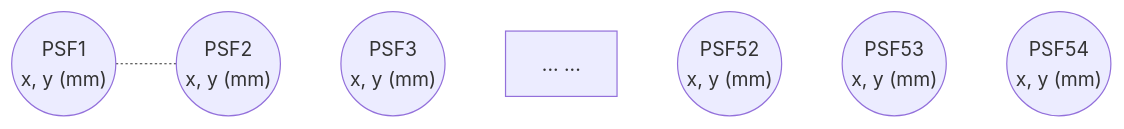
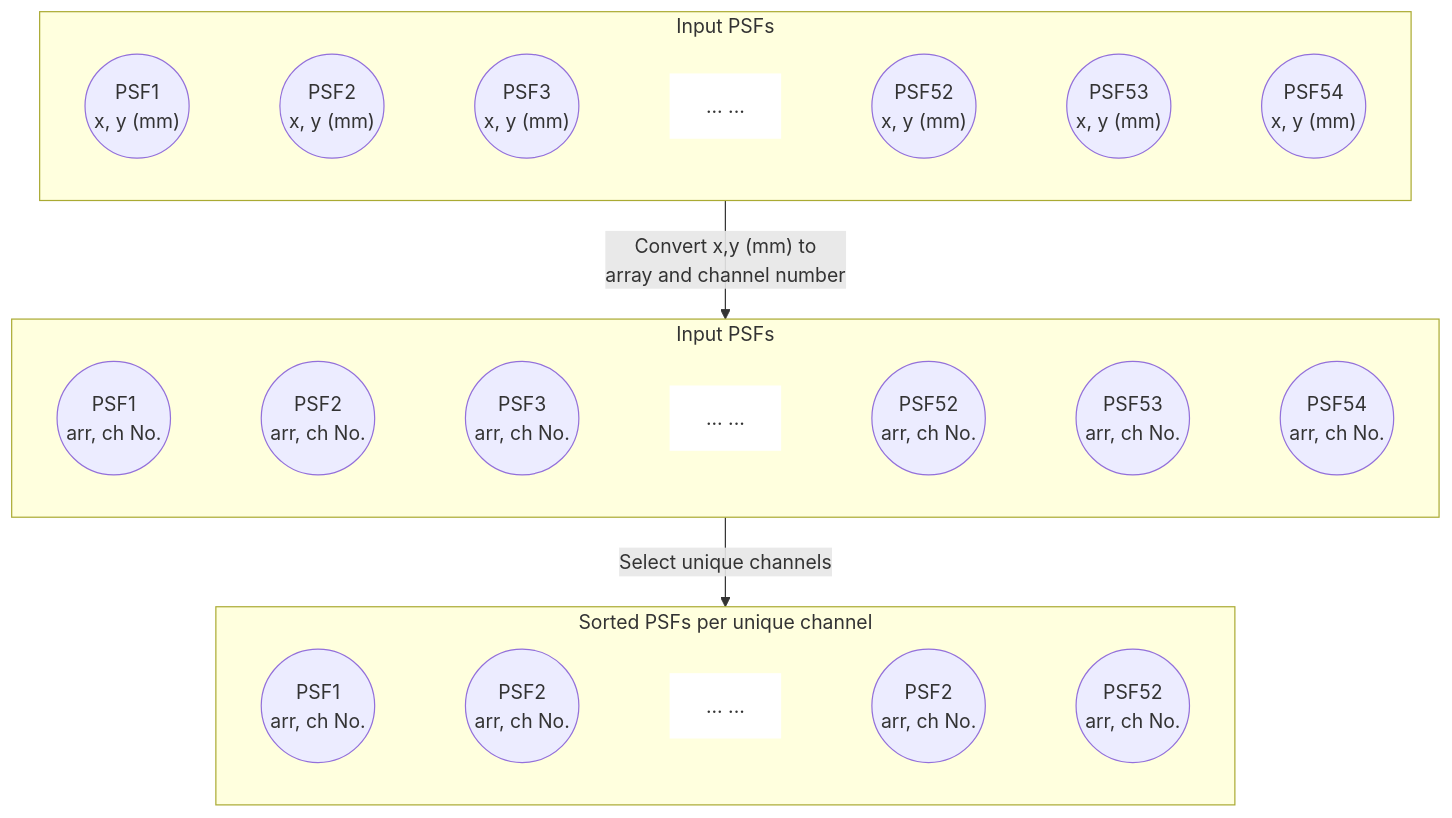
Before and after one commit to gemmahuai/deep-field-selection: the diagram in scripts/PSF/README.md, drawn with Mermaid. The commit also changed other lines of this file, not shown here.

Commit message:
test PSF and write down workflow

````diff
--- a/scripts/PSF/README.md
+++ b/scripts/PSF/README.md
@@ -8,14 +9,59 @@
 ```mermaid
-graph LR;
-    %% Define input PSFs in the same row
-    PSF1(("PSF1<br>x, y (mm)"))-.-
-    PSF2(("PSF2<br>x, y (mm)"))~~~
-    PSF3(("PSF3<br>x, y (mm)"))~~~
-    Dots["... ..."]:::dot~~~
-    PSF52(("PSF52<br>x, y (mm)"))~~~
-    PSF53(("PSF53<br>x, y (mm)"))~~~
-    PSF54(("PSF54<br>x, y (mm)"))
+ graph TD;
+
+    %% Define input PSFs on the detector plane (mm)
+    subgraph Row1[Input PSFs]
+        direction LR
+        PSF1(("PSF1<br>x, y (mm)"))
+        PSF2(("PSF2<br>x, y (mm)"))
+        PSF3(("PSF3<br>x, y (mm)"))
+        Dots["... ..."]:::dot
+        PSF52(("PSF52<br>x, y (mm)"))
+        PSF53(("PSF53<br>x, y (mm)"))
+        PSF54(("PSF54<br>x, y (mm)"))
+        PSF1~~~PSF2~~~PSF3~~~Dots~~~PSF52~~~PSF53~~~PSF54
+
+        classDef dot fill:#fff,stroke:none;
+    end
+
+    %% Define input PSFs converted to array and channel number
+    subgraph Row2[Input PSFs]
+        direction LR
+        %% Define input PSFs in the same row
+        PSF1_(("PSF1<br>arr, ch No."))
+        PSF2_(("PSF2<br>arr, ch No."))
+        PSF3_(("PSF3<br>arr, ch No."))
+        Dots_["... ..."]:::dot
+        PSF52_(("PSF52<br>arr, ch No."))
+        PSF53_(("PSF53<br>arr, ch No."))
+        PSF54_(("PSF54<br>arr, ch No."))
+        PSF1_~~~PSF2_~~~PSF3_~~~Dots_~~~PSF52_~~~PSF53_~~~PSF54_
+
+        classDef dot fill:#fff,stroke:none;
+    end
+
+    Row1 -- Convert x,y (mm) to <br> array and channel number --> Row2
+
+
+    %% Define sorted PSFs with unique channels / arrays
+    subgraph Row3[Sorted PSFs per unique channel]
+        direction LR
+        %% Define input PSFs in the same row
+        CH1(("PSF1<br>arr, ch No."))
+        CH2(("PSF2<br>arr, ch No."))
+        Dots__["... ..."]:::dot
+        CH3(("PSF2<br>arr, ch No."))
+        CH4(("PSF52<br>arr, ch No."))
+        CH1~~~CH2~~~Dots__~~~CH3~~~CH4
+
+        classDef dot fill:#fff,stroke:none;
+    end
+
+    Row2 -- Select unique channels --> Row3
+
+
+
 
 
 
 ```
````
